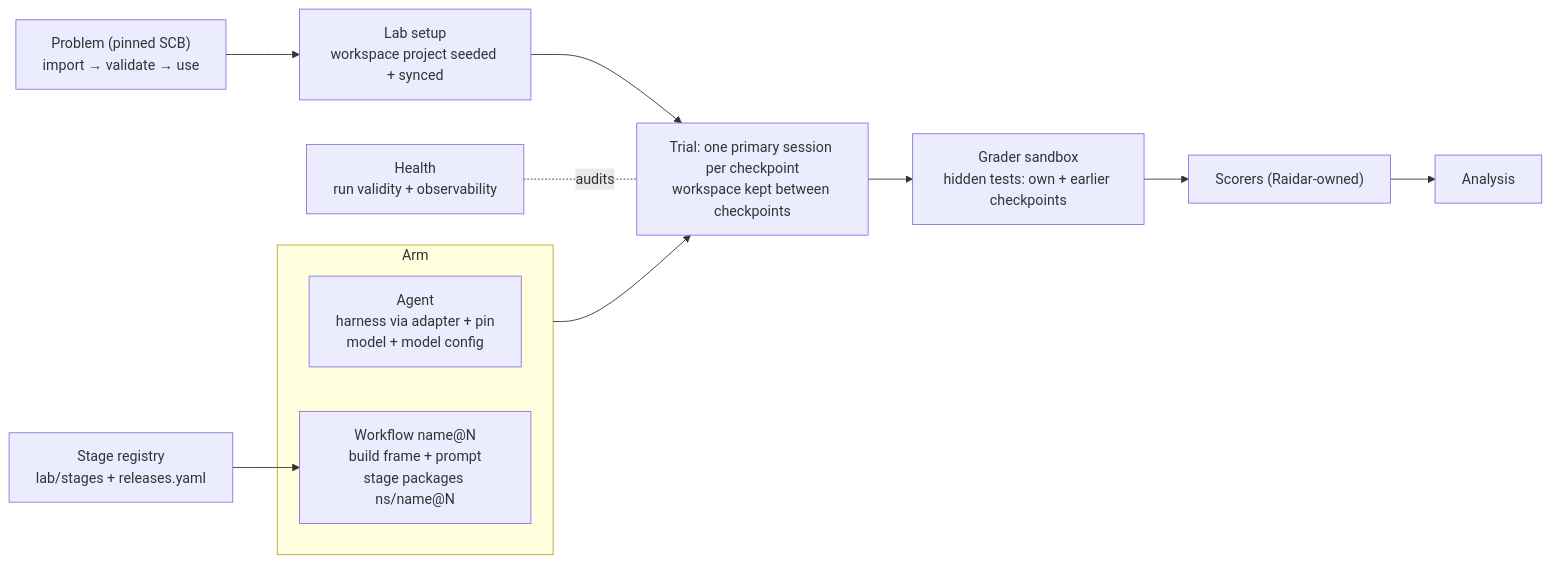
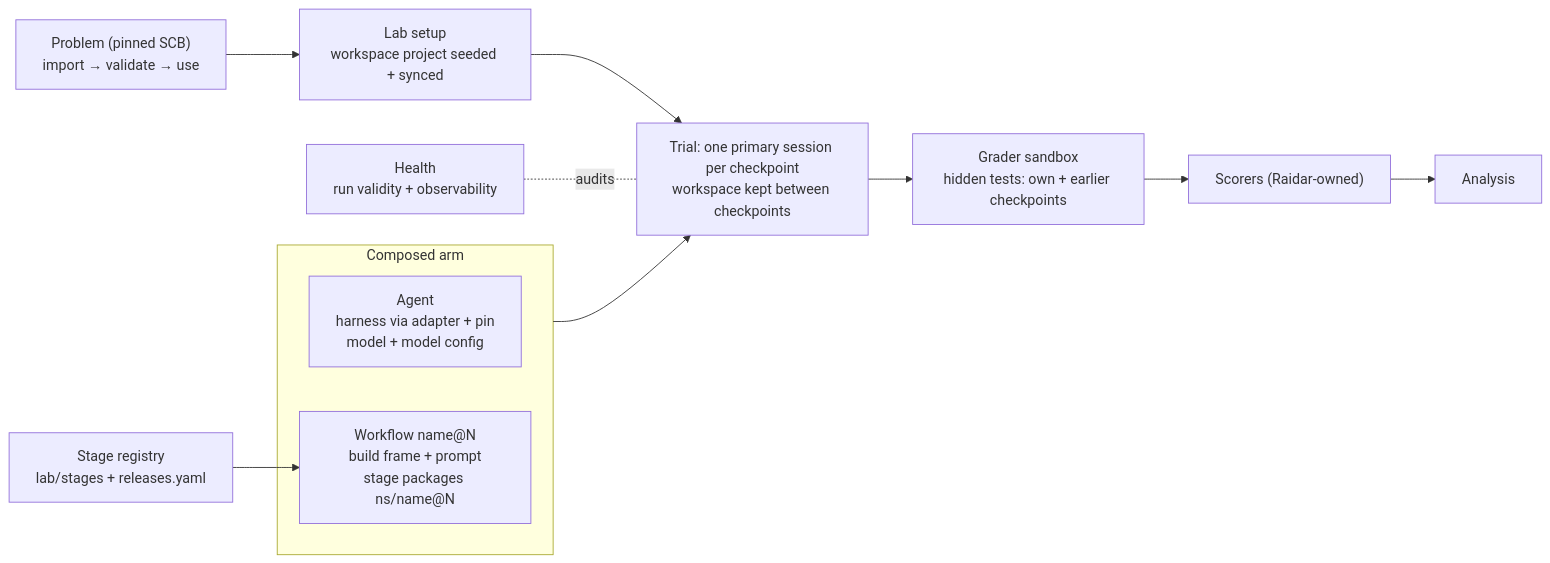
Before and after one commit to adam-jackson-cf/raidar: the diagram in split-design.md, drawn with Mermaid. The commit also changed other lines of this file and 3 other files, not shown here.

````diff
--- a/split-design.md
+++ b/split-design.md
@@ -68,14 +73,14 @@
 ```mermaid
 flowchart LR
   P["Problem (pinned SCB)<br/>import → validate → use"] --> SET["Lab setup<br/>workspace project seeded + synced"]
   SET --> RUN["Trial: one primary session per checkpoint<br/>workspace kept between checkpoints"]
-  subgraph ARM["Arm"]
+  subgraph ARM["Composed arm"]
     AG["Agent<br/>harness via adapter + pin<br/>model + model config"]
     WF["Workflow name@N<br/>build frame + prompt<br/>stage packages ns/name@N"]
   end
   REG["Stage registry<br/>lab/stages + releases.yaml"] --> WF
   ARM --> RUN
   H["Health<br/>run validity + observability"] -. audits .- RUN
   RUN --> G["Grader sandbox<br/>hidden tests: own + earlier checkpoints"]
   G --> S["Scorers (Raidar-owned)"] --> A["Analysis"]
 ```
````
